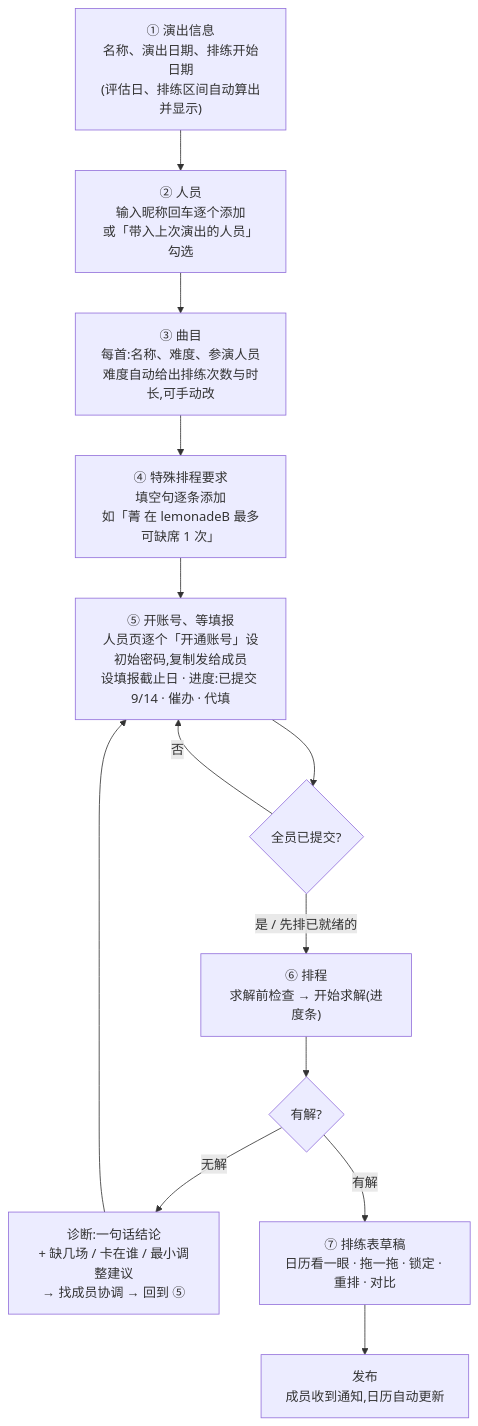
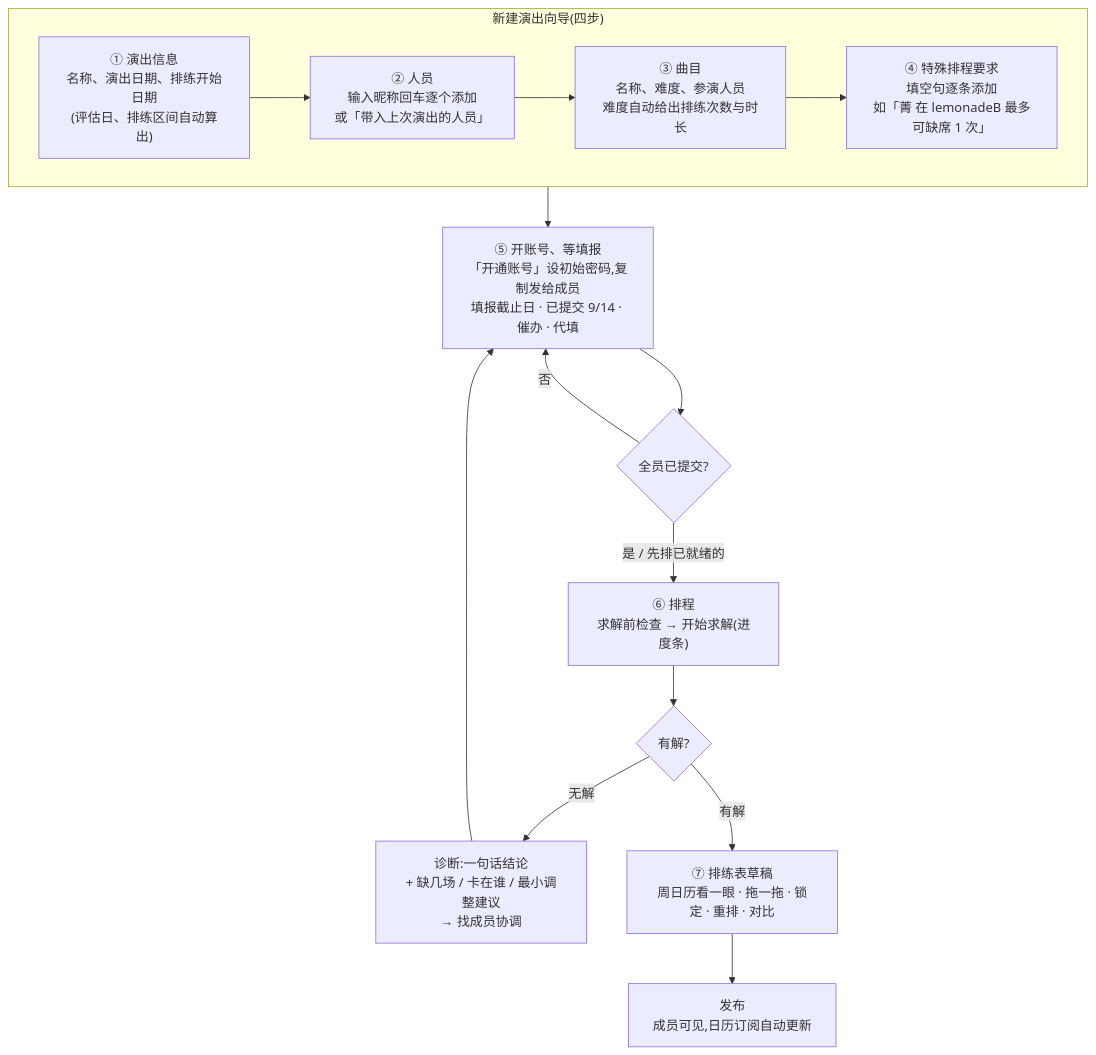
The second of 4 diagrams in 交互设计.md (chuchu1214w/rehearsal-scheduler), drawn with Mermaid before and after one commit. The commit also changed other lines of this file and 28 other files, not shown here.

````diff
--- a/交互设计.md
+++ b/交互设计.md
@@ -80,17 +80,18 @@
 ```mermaid
-flowchart TD
-    W1["① 演出信息<br/>名称、演出日期、排练开始日期<br/>(评估日、排练区间自动算出并显示)"] --> W2
-    W2["② 人员<br/>输入昵称回车逐个添加<br/>或「带入上次演出的人员」勾选"] --> W3
-    W3["③ 曲目<br/>每首:名称、难度、参演人员<br/>难度自动给出排练次数与时长,可手动改"] --> W4
-    W4["④ 特殊排程要求<br/>填空句逐条添加<br/>如「菁 在 lemonadeB 最多可缺席 1 次」"] --> S5
-    S5["⑤ 开账号、等填报<br/>人员页逐个「开通账号」设初始密码,复制发给成员<br/>设填报截止日 · 进度:已提交 9/14 · 催办 · 代填"] --> S6
-    S6{"全员已提交?"}
+flowchart TB
+    subgraph wizard["新建演出向导(四步)"]
+        direction LR
+        W1["① 演出信息<br/>名称、演出日期、排练开始日期<br/>(评估日、排练区间自动算出)"] --> W2["② 人员<br/>输入昵称回车逐个添加<br/>或「带入上次演出的人员」"]
+        W2 --> W3["③ 曲目<br/>名称、难度、参演人员<br/>难度自动给出排练次数与时长"]
+        W3 --> W4["④ 特殊排程要求<br/>填空句逐条添加<br/>如「菁 在 lemonadeB 最多可缺席 1 次」"]
+    end
+    wizard --> S5["⑤ 开账号、等填报<br/>「开通账号」设初始密码,复制发给成员<br/>填报截止日 · 已提交 9/14 · 催办 · 代填"]
+    S5 --> S6{"全员已提交?"}
     S6 -->|"否"| S5
-    S6 -->|"是 / 先排已就绪的"| S7
-    S7["⑥ 排程<br/>求解前检查 → 开始求解(进度条)"] --> S8
-    S8{"有解?"}
-    S8 -->|"无解"| D["诊断:一句话结论<br/>+ 缺几场 / 卡在谁 / 最小调整建议<br/>→ 找成员协调 → 回到 ⑤"]
+    S6 -->|"是 / 先排已就绪的"| S7["⑥ 排程<br/>求解前检查 → 开始求解(进度条)"]
+    S7 --> S8{"有解?"}
+    S8 -->|"无解"| D["诊断:一句话结论<br/>+ 缺几场 / 卡在谁 / 最小调整建议<br/>→ 找成员协调"]
     D --> S5
-    S8 -->|"有解"| S9["⑦ 排练表草稿<br/>日历看一眼 · 拖一拖 · 锁定 · 重排 · 对比"]
-    S9 --> S10["发布<br/>成员收到通知,日历自动更新"]
+    S8 -->|"有解"| S9["⑦ 排练表草稿<br/>周日历看一眼 · 拖一拖 · 锁定 · 重排 · 对比"]
+    S9 --> S10["发布<br/>成员可见,日历订阅自动更新"]
 ```
````
